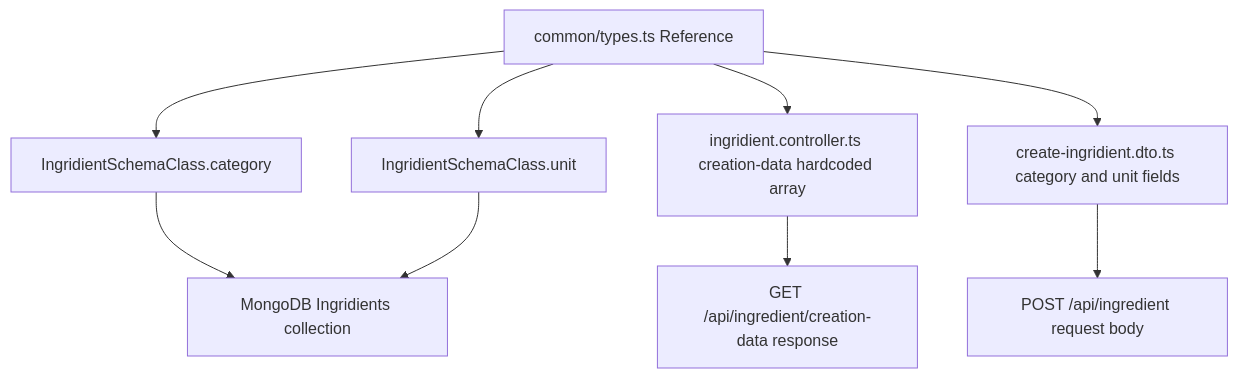
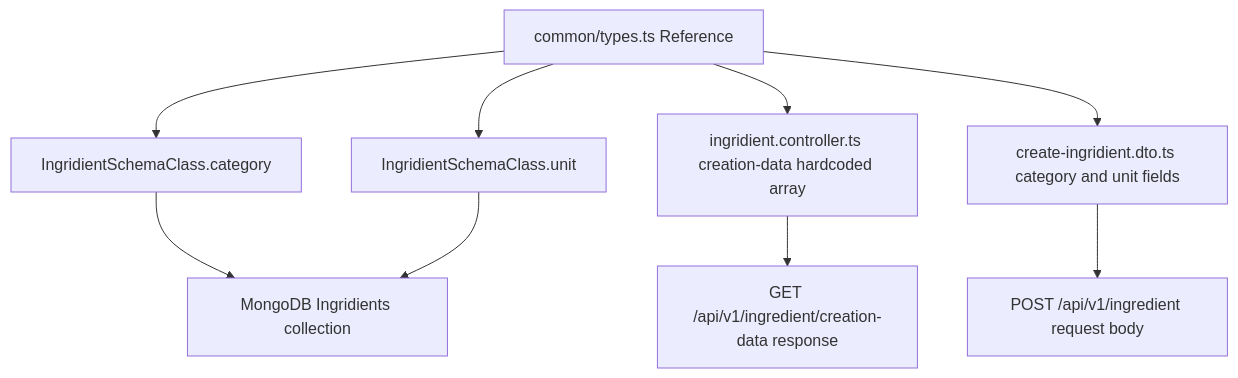
Before and after one commit to blitzy-public-samples/pantry-chef-traditional: the diagram in backend/src/common/README.md, drawn with Mermaid. The commit also changed other lines of this file and 60 other files, not shown here.

````diff
--- a/backend/src/common/README.md
+++ b/backend/src/common/README.md
@@ -60,11 +60,11 @@
 ```mermaid
 flowchart TD
     A[common/types.ts Reference] --> B[IngridientSchemaClass.category]
     A --> C[IngridientSchemaClass.unit]
     A --> D[ingridient.controller.ts creation-data hardcoded array]
     A --> E[create-ingridient.dto.ts category and unit fields]
     B --> F[MongoDB Ingridients collection]
     C --> F
-    D --> G[GET /api/ingredient/creation-data response]
-    E --> H[POST /api/ingredient request body]
+    D --> G[GET /api/v1/ingredient/creation-data response]
+    E --> H[POST /api/v1/ingredient request body]
 ```
````
